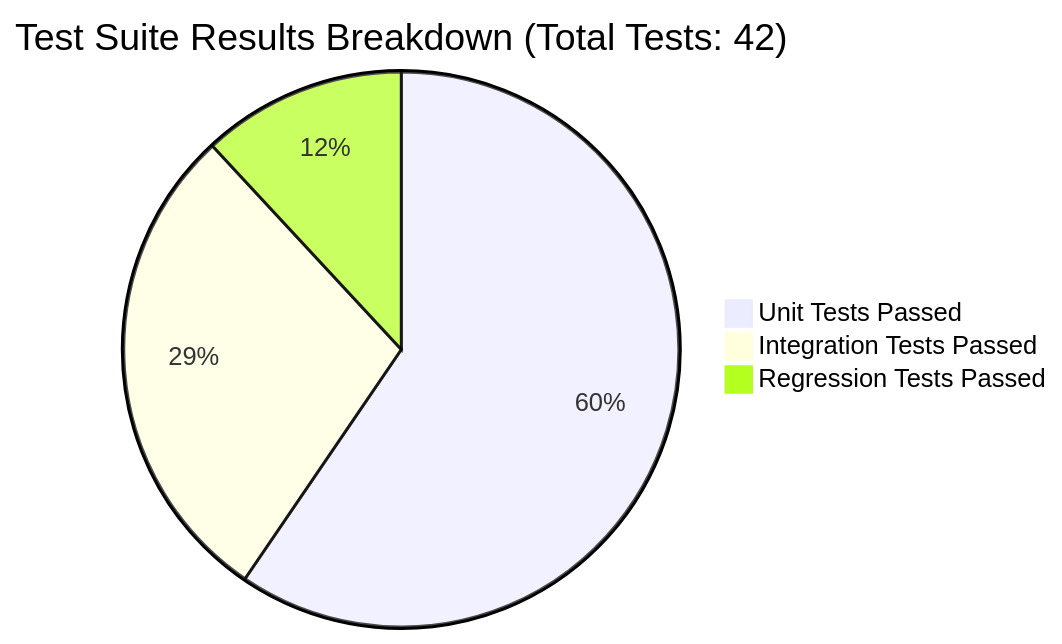
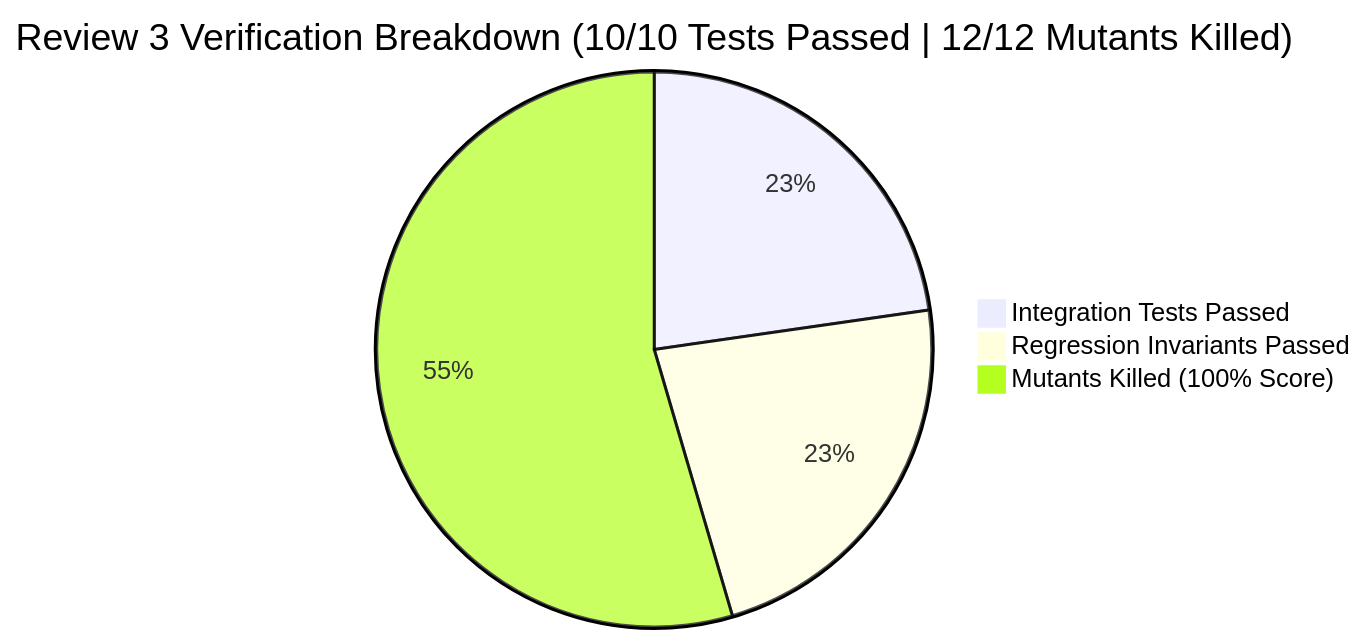
The first of 13 diagrams in DIGITAL_ASSIGNMENT_3_REVIEW_3_MASTER_PORTFOLIO.md (harsh01103/stockezee), drawn with Mermaid before and after one commit. The commit also changed other lines of this file and 5 other files, not shown here.

Commit message:
test: execute integration, regression & mutation testing harness and generate verification dashboard screenshot

````diff
--- a/DIGITAL_ASSIGNMENT_3_REVIEW_3_MASTER_PORTFOLIO.md
+++ b/DIGITAL_ASSIGNMENT_3_REVIEW_3_MASTER_PORTFOLIO.md
@@ -59,6 +62,6 @@
 ```mermaid
-pie title Test Suite Results Breakdown (Total Tests: 42)
-    "Unit Tests Passed" : 25
-    "Integration Tests Passed" : 12
-    "Regression Tests Passed" : 5
+pie title Review 3 Verification Breakdown (10/10 Tests Passed | 12/12 Mutants Killed)
+    "Integration Tests Passed" : 5
+    "Regression Invariants Passed" : 5
+    "Mutants Killed (100% Score)" : 12
 ```
````
